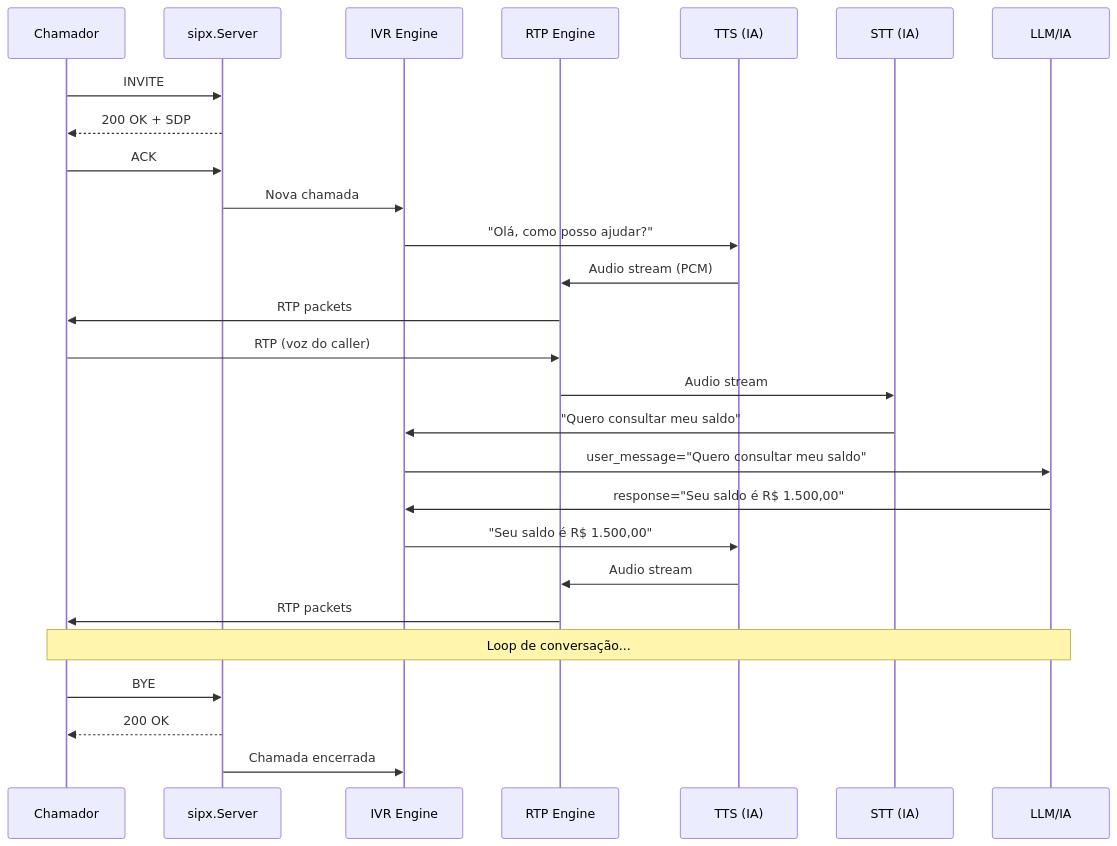
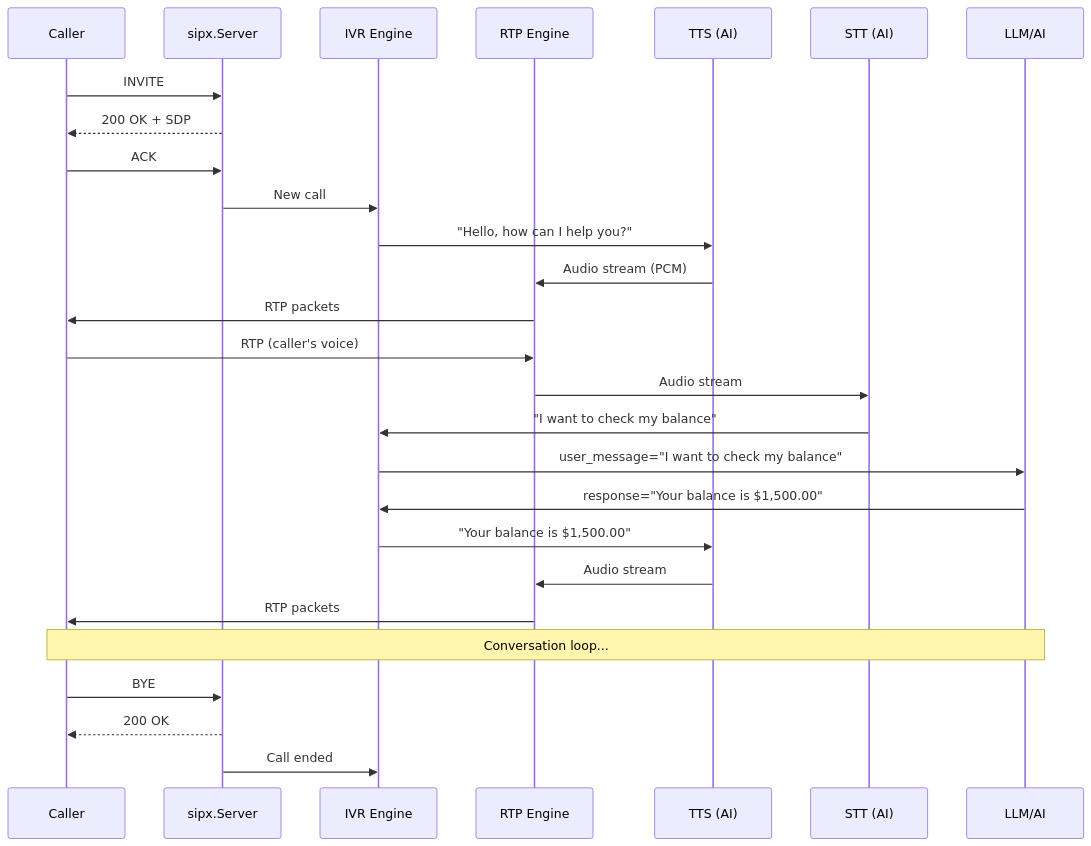
Before and after one commit to oornnery/sipx: the tenth of 16 diagrams in docs/SDD.md, drawn with Mermaid. The commit also changed other lines of this file and 3 other files, not shown here.

````diff
--- a/docs/SDD.md
+++ b/docs/SDD.md
@@ -561,35 +563,35 @@
 ```mermaid
 sequenceDiagram
-    participant Caller as Chamador
+    participant Caller as Caller
     participant SIP as sipx.Server
     participant IVR as IVR Engine
     participant RTP as RTP Engine
-    participant TTS as TTS (IA)
-    participant STT as STT (IA)
-    participant AI as LLM/IA
+    participant TTS as TTS (AI)
+    participant STT as STT (AI)
+    participant AI as LLM/AI
 
     Caller->>SIP: INVITE
     SIP-->>Caller: 200 OK + SDP
     Caller->>SIP: ACK
 
-    SIP->>IVR: Nova chamada
-    IVR->>TTS: "Olá, como posso ajudar?"
+    SIP->>IVR: New call
+    IVR->>TTS: "Hello, how can I help you?"
     TTS->>RTP: Audio stream (PCM)
     RTP->>Caller: RTP packets
 
-    Caller->>RTP: RTP (voz do caller)
+    Caller->>RTP: RTP (caller's voice)
     RTP->>STT: Audio stream
-    STT->>IVR: "Quero consultar meu saldo"
+    STT->>IVR: "I want to check my balance"
 
-    IVR->>AI: user_message="Quero consultar meu saldo"
-    AI->>IVR: response="Seu saldo é R$ 1.500,00"
-    IVR->>TTS: "Seu saldo é R$ 1.500,00"
+    IVR->>AI: user_message="I want to check my balance"
+    AI->>IVR: response="Your balance is $1,500.00"
+    IVR->>TTS: "Your balance is $1,500.00"
     TTS->>RTP: Audio stream
     RTP->>Caller: RTP packets
 
-    Note over Caller,AI: Loop de conversação...
+    Note over Caller,AI: Conversation loop...
 
     Caller->>SIP: BYE
     SIP-->>Caller: 200 OK
-    SIP->>IVR: Chamada encerrada
+    SIP->>IVR: Call ended
 ```
````
